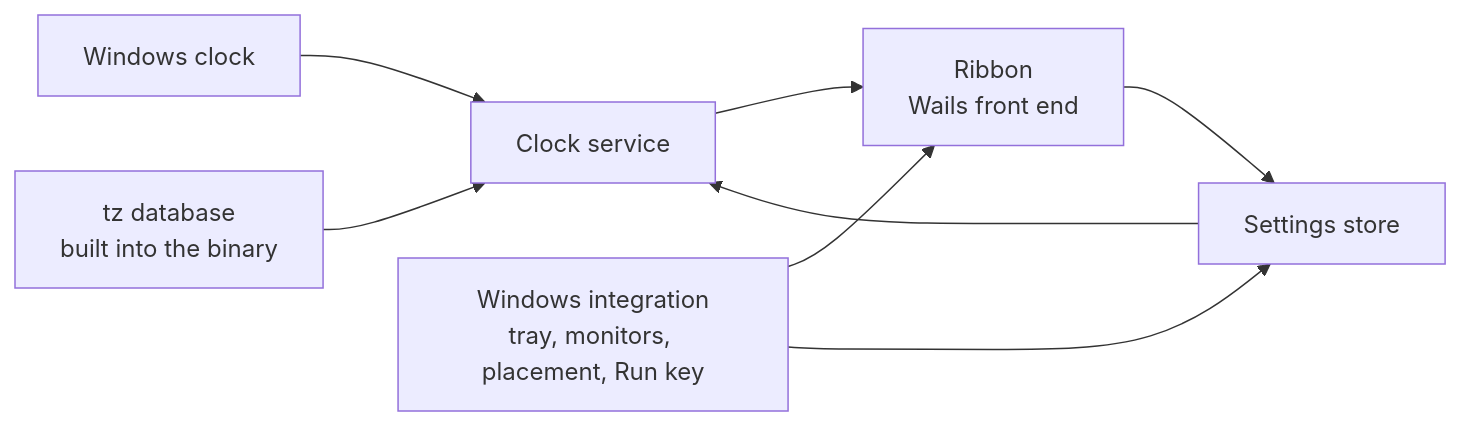
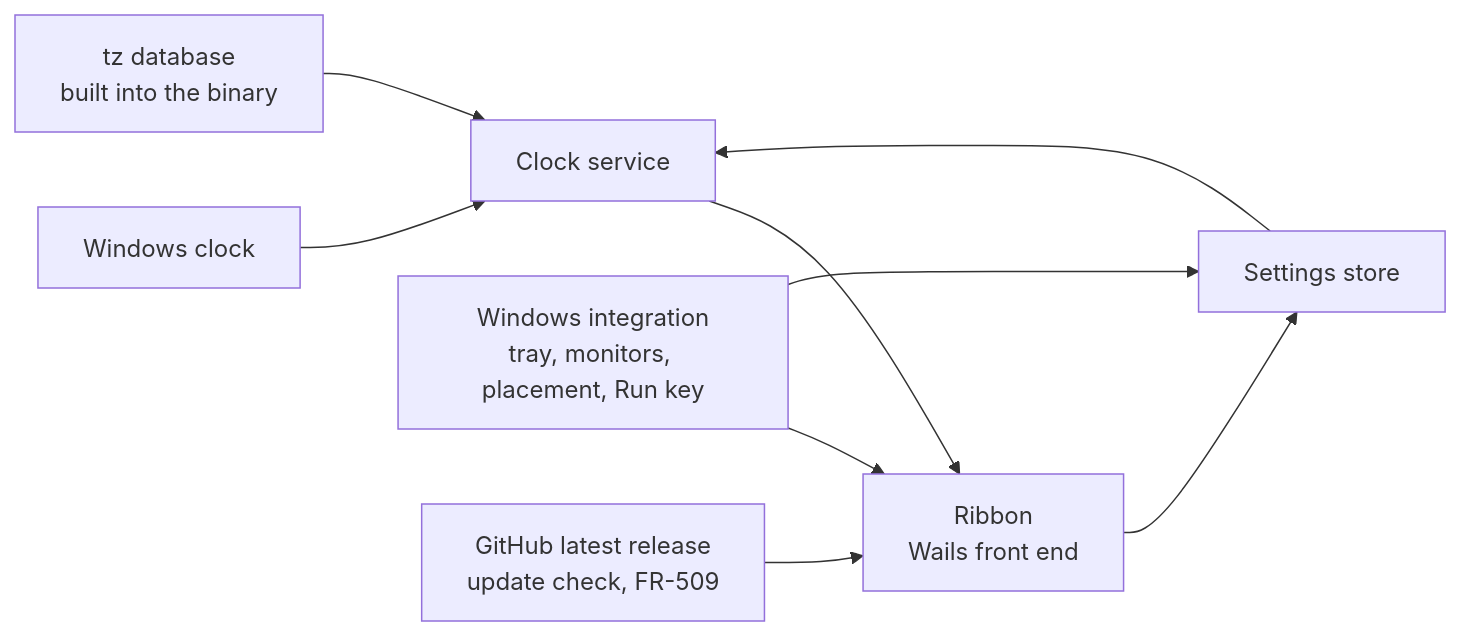
The diagram in REQUIREMENTS.md (oernster/TimeRibbon), drawn with Mermaid before and after one commit. The commit also changed other lines of this file and 9 other files, not shown here.

````diff
--- a/REQUIREMENTS.md
+++ b/REQUIREMENTS.md
@@ -148,10 +148,11 @@
 ```mermaid
 graph LR
   WC[Windows clock] --> CS[Clock service]
   TZ["tz database<br/>built into the binary"] --> CS
   ST[Settings store] --> CS
   CS --> UI["Ribbon<br/>Wails front end"]
   UI --> ST
   WI["Windows integration<br/>tray, monitors, placement, Run key"] --> UI
   WI --> ST
+  GH["GitHub latest release<br/>update check, FR-509"] --> UI
 ```
````
